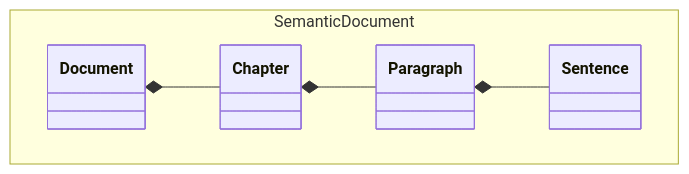
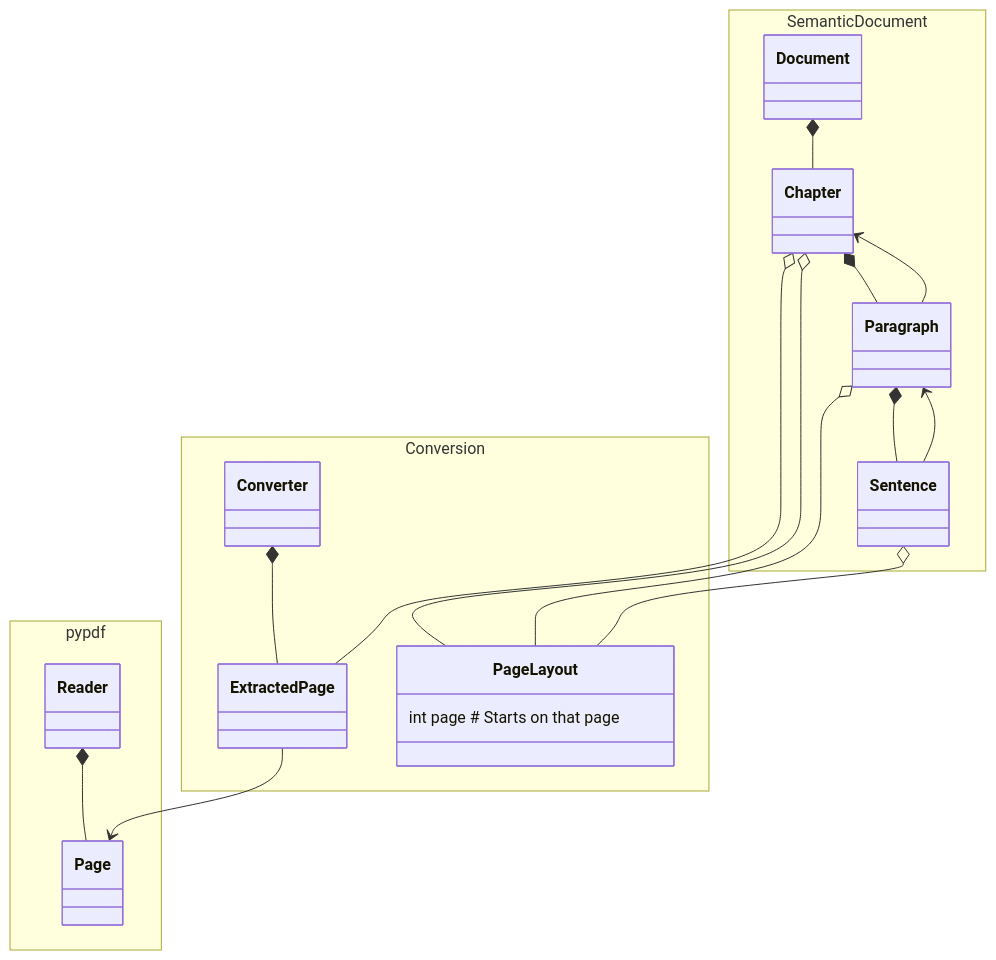
One commit to EricBoix/pdf-to-markdown changed the diagram in README.md. Above: the diagram before and after it, drawn with Mermaid. The commit also changed other lines of this file and 1 other file, not shown here.

Commit message:
Documentation content moved out of jejuneness repository.

````diff
--- a/README.md
+++ b/README.md
@@ -28,13 +28,48 @@
 ```mermaid
 classDiagram
   namespace SemanticDocument {
-    class Document
-    class Chapter
-    class Paragraph
-    class Sentence
+    class Document {
+    }
+
+    class Chapter {
+    }
+    class Paragraph {
+
+    }
+
+    class Sentence {
+    }
   }
 
   Document *-- Chapter
   Chapter *-- Paragraph
+  Chapter <-- Paragraph
   Paragraph *-- Sentence
+  Paragraph <-- Sentence
+
+  namespace pypdf {
+    class Reader {
+    }
+    class Page {
+    }
+  }
+  Reader *-- Page
+
+  namespace Conversion {
+    class Converter{
+    }
+    class ExtractedPage {
+    }
+    class PageLayout {
+    int page # Starts on that page
+  }
+  }
+  Chapter o-- PageLayout
+  Paragraph o-- PageLayout
+  Sentence o-- PageLayout
+
+  Converter *-- ExtractedPage
+  Chapter o-- ExtractedPage
+  ExtractedPage --> Page
+
 ```
````
